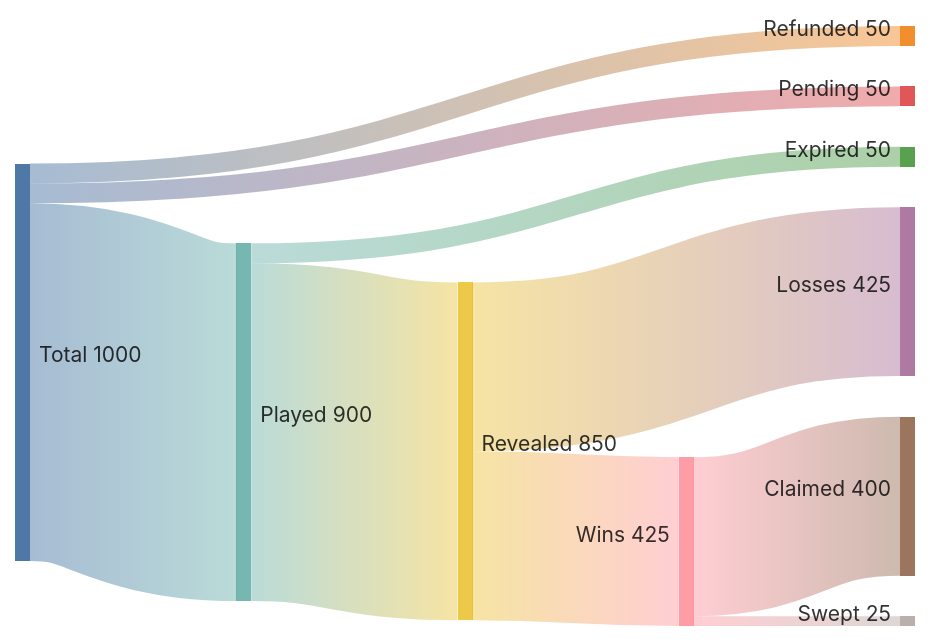
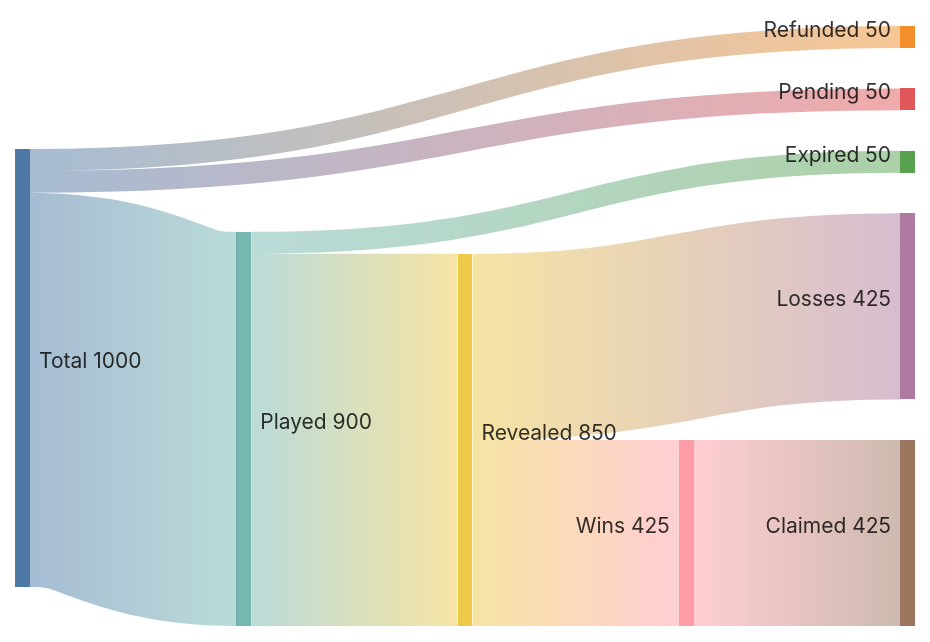
Before and after one commit to TIMLG-Protocol/timlg-protocol: the second of 2 diagrams in docs/LIFECYCLE.md, drawn with Mermaid. The commit also changed other lines of this file, not shown here.

Commit message:
docs: simplify lifecycle by removing SWEPT state and volume flow

````diff
--- a/docs/LIFECYCLE.md
+++ b/docs/LIFECYCLE.md
@@ -78,15 +74,14 @@
 ```mermaid
 sankey-beta
     Total,Refunded,50
     Total,Pending,50
     Total,Played,900
 
     Played,Expired,50
     Played,Revealed,850
 
     Revealed,Losses,425
     Revealed,Wins,425
 
-    Wins,Claimed,400
-    Wins,Swept,25
+    Wins,Claimed,425
 ```
````
